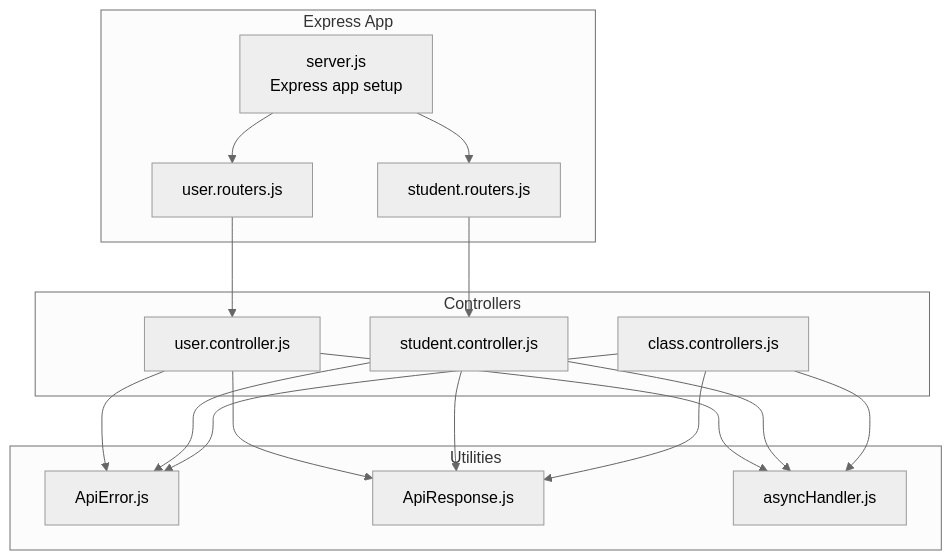
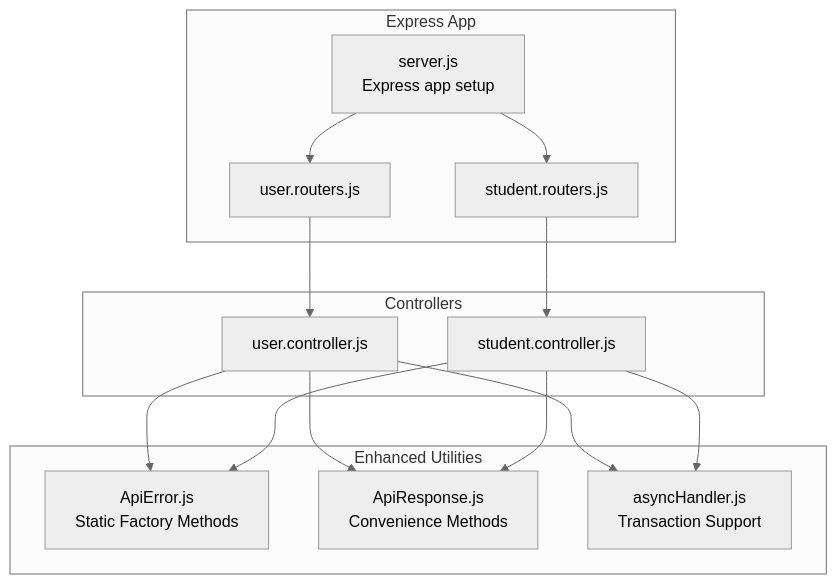
One commit to Aryan9060/Timetable-Project changed the first of 3 diagrams in .qoder/repowiki/en/content/Backend Architecture/Error Handling & Response Utilities.md. Above: the diagram before and after it, drawn with Mermaid (neutral theme). The commit also changed other lines of this file and 15 other files, not shown here.

````diff
--- a/.qoder/repowiki/en/content/Backend Architecture/Error Handling & Response Utilities.md
+++ b/.qoder/repowiki/en/content/Backend Architecture/Error Handling & Response Utilities.md
@@ -40,31 +48,27 @@
 ```mermaid
 graph TB
 subgraph "Express App"
 S["server.js<br/>Express app setup"]
 R1["user.routers.js"]
 R2["student.routers.js"]
 end
 subgraph "Controllers"
 C1["user.controller.js"]
 C2["student.controller.js"]
-C3["class.controllers.js"]
 end
-subgraph "Utilities"
-U1["ApiError.js"]
-U2["ApiResponse.js"]
-U3["asyncHandler.js"]
+subgraph "Enhanced Utilities"
+U1["ApiError.js<br/>Static Factory Methods"]
+U2["ApiResponse.js<br/>Convenience Methods"]
+U3["asyncHandler.js<br/>Transaction Support"]
 end
 S --> R1
 S --> R2
 R1 --> C1
 R2 --> C2
 C1 --> U3
 C2 --> U3
-C3 --> U3
 C1 --> U1
 C2 --> U1
-C3 --> U1
 C1 --> U2
 C2 --> U2
-C3 --> U2
 ```
````
